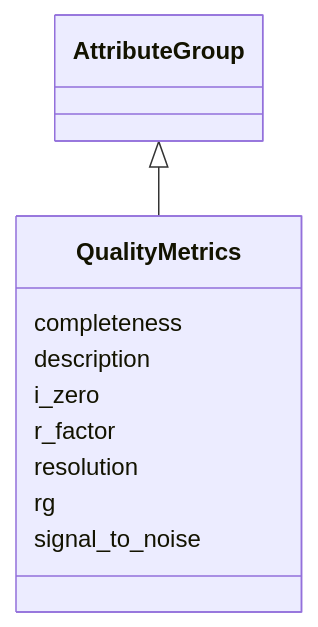
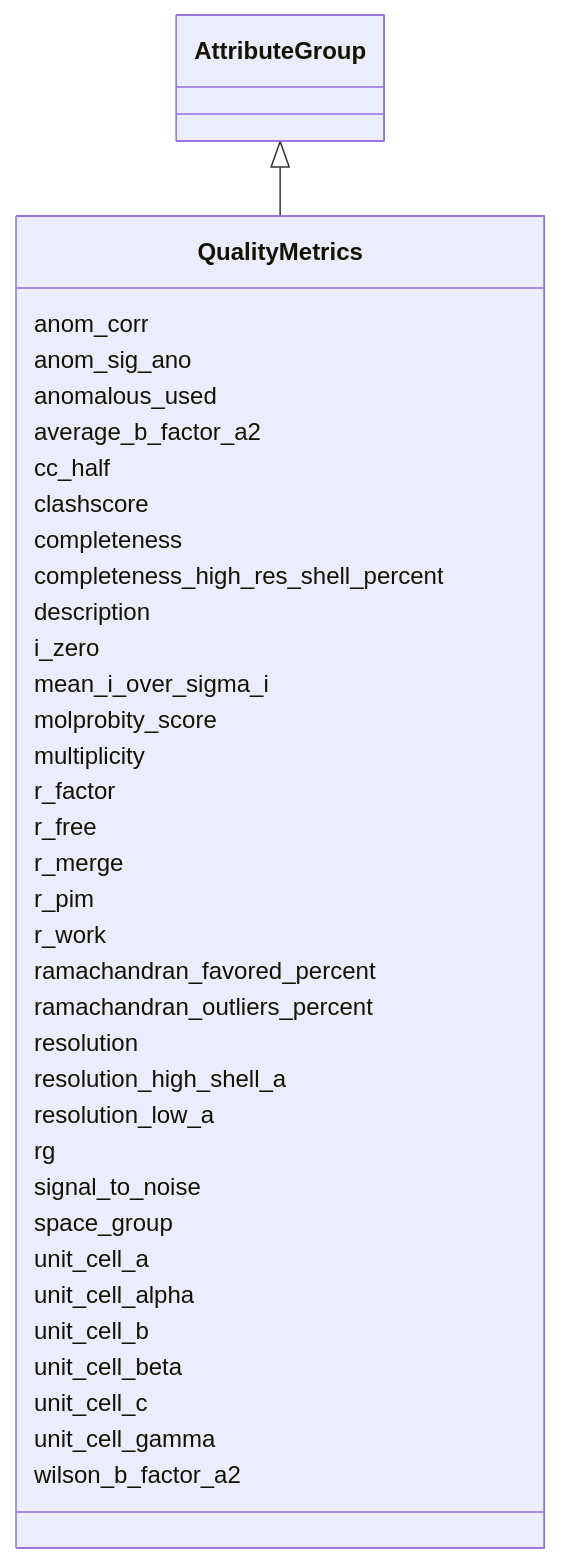
One commit to lambda-ber/lambda-ber-schema changed the diagram in docs/QualityMetrics.md. Above: the diagram before and after it, drawn with Mermaid. The commit also changed other lines of this file and 338 other files, not shown here.

````diff
--- a/docs/QualityMetrics.md
+++ b/docs/QualityMetrics.md
@@ -18,23 +18,75 @@
 ```mermaid
  classDiagram
     class QualityMetrics
     click QualityMetrics href "../QualityMetrics/"
       AttributeGroup <|-- QualityMetrics
         click AttributeGroup href "../AttributeGroup/"
       
+      QualityMetrics : anom_corr
+        
+      QualityMetrics : anom_sig_ano
+        
+      QualityMetrics : anomalous_used
+        
+      QualityMetrics : average_b_factor_a2
+        
+      QualityMetrics : cc_half
+        
+      QualityMetrics : clashscore
+        
       QualityMetrics : completeness
+        
+      QualityMetrics : completeness_high_res_shell_percent
         
       QualityMetrics : description
         
       QualityMetrics : i_zero
         
+      QualityMetrics : mean_i_over_sigma_i
+        
+      QualityMetrics : molprobity_score
+        
+      QualityMetrics : multiplicity
+        
       QualityMetrics : r_factor
         
+      QualityMetrics : r_free
+        
+      QualityMetrics : r_merge
+        
+      QualityMetrics : r_pim
+        
+      QualityMetrics : r_work
+        
+      QualityMetrics : ramachandran_favored_percent
+        
+      QualityMetrics : ramachandran_outliers_percent
+        
       QualityMetrics : resolution
+        
+      QualityMetrics : resolution_high_shell_a
+        
+      QualityMetrics : resolution_low_a
         
       QualityMetrics : rg
         
       QualityMetrics : signal_to_noise
         
+      QualityMetrics : space_group
+        
+      QualityMetrics : unit_cell_a
+        
+      QualityMetrics : unit_cell_alpha
+        
+      QualityMetrics : unit_cell_b
+        
+      QualityMetrics : unit_cell_beta
+        
+      QualityMetrics : unit_cell_c
+        
+      QualityMetrics : unit_cell_gamma
+        
+      QualityMetrics : wilson_b_factor_a2
+        
       
 ```
````
